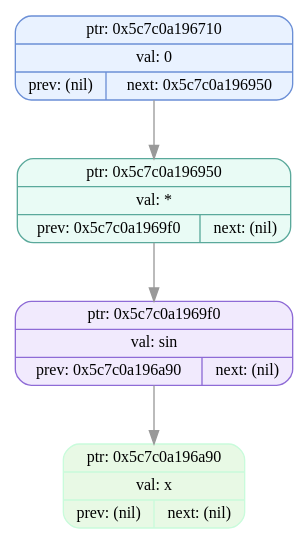
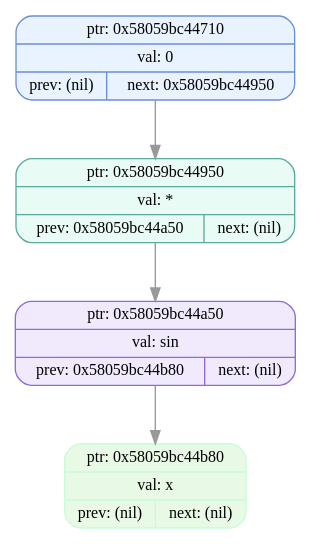
Before and after one commit to EvilTomato9890/Difference: the diagram in dumps/tree_dump_002.dot, drawn with Graphviz. The commit also changed 29 other files, not shown here.

```diff
--- a/dumps/tree_dump_002.dot
+++ b/dumps/tree_dump_002.dot
@@ -1,11 +1,11 @@
 digraph T{
   node [fontname="Fira Mono",shape=record,style="filled,rounded",fontsize=12];
   graph [splines=true, nodesep=0.6, ranksep=0.6];
-  node_0x5c7c0a196710[shape=record,label="{ {ptr: 0x5c7c0a196710} | {val: 0} | { prev: (nil) | next: 0x5c7c0a196950 } }",color="#6b8fd6",fillcolor="#e9f2ff"];
-  node_0x5c7c0a196950[shape=record,label="{ {ptr: 0x5c7c0a196950} | {val: *} | { prev: 0x5c7c0a1969f0 | next: (nil) } }",color="#5aa99b",fillcolor="#e9fbf5"];
-  node_0x5c7c0a1969f0[shape=record,label="{ {ptr: 0x5c7c0a1969f0} | {val: sin} | { prev: 0x5c7c0a196a90 | next: (nil) } }",color="#8e6bd6",fillcolor="#f1eafd"];
-  node_0x5c7c0a196a90[shape=record,label="{ {ptr: 0x5c7c0a196a90} | {val: x} | { prev: (nil) | next: (nil) } }",color="#c9fbdbff",fillcolor="#e8f9e5ff"];
-  node_0x5c7c0a196710 -> node_0x5c7c0a196950 [color="#999999"];
-  node_0x5c7c0a196950 -> node_0x5c7c0a1969f0 [color="#999999"];
-  node_0x5c7c0a1969f0 -> node_0x5c7c0a196a90 [color="#999999"];
+  node_0x58059bc44710[shape=record,label="{ {ptr: 0x58059bc44710} | {val: 0} | { prev: (nil) | next: 0x58059bc44950 } }",color="#6b8fd6",fillcolor="#e9f2ff"];
+  node_0x58059bc44950[shape=record,label="{ {ptr: 0x58059bc44950} | {val: *} | { prev: 0x58059bc44a50 | next: (nil) } }",color="#5aa99b",fillcolor="#e9fbf5"];
+  node_0x58059bc44a50[shape=record,label="{ {ptr: 0x58059bc44a50} | {val: sin} | { prev: 0x58059bc44b80 | next: (nil) } }",color="#8e6bd6",fillcolor="#f1eafd"];
+  node_0x58059bc44b80[shape=record,label="{ {ptr: 0x58059bc44b80} | {val: x} | { prev: (nil) | next: (nil) } }",color="#c9fbdbff",fillcolor="#e8f9e5ff"];
+  node_0x58059bc44710 -> node_0x58059bc44950 [color="#999999"];
+  node_0x58059bc44950 -> node_0x58059bc44a50 [color="#999999"];
+  node_0x58059bc44a50 -> node_0x58059bc44b80 [color="#999999"];
 }
```
